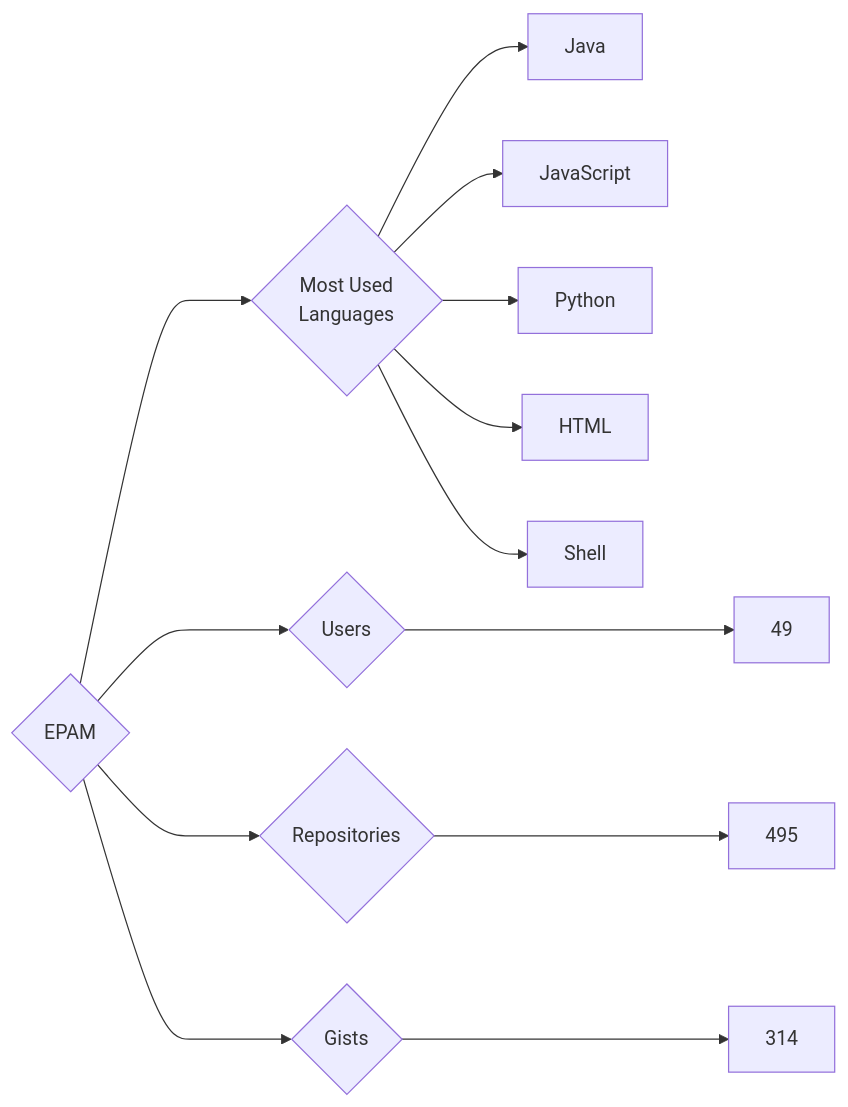
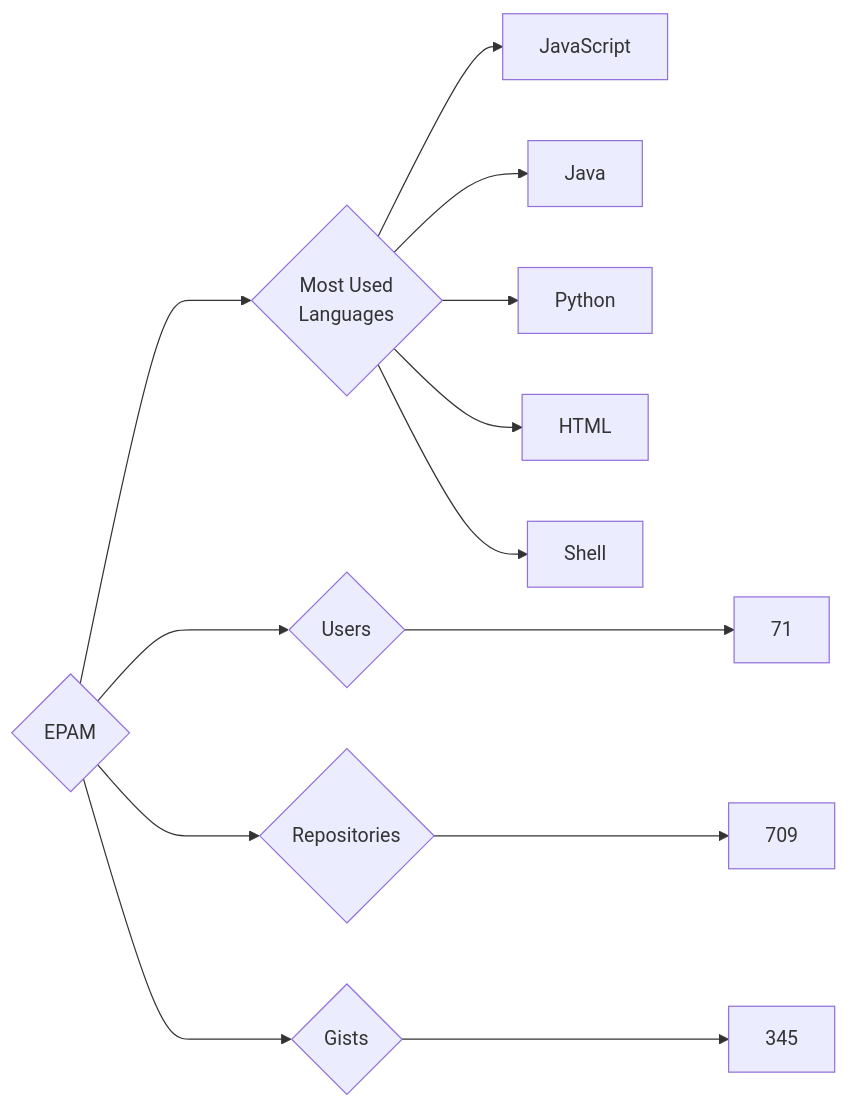
Before and after one commit to trickest/insiders: the diagram in targets/EPAM/README.md, drawn with Mermaid. The commit also changed 782 other files, not shown here.

````diff
--- a/targets/EPAM/README.md
+++ b/targets/EPAM/README.md
@@ -3,13 +3,13 @@
 ```mermaid
 graph LR
 COMPANY_NAME{EPAM}
-COMPANY_NAME ---> U{Users} ---> UN[49]
-COMPANY_NAME ---> R{Repositories} ---> RN[495]
-COMPANY_NAME ---> G{Gists} ---> GN[314]
+COMPANY_NAME ---> U{Users} ---> UN[71]
+COMPANY_NAME ---> R{Repositories} ---> RN[709]
+COMPANY_NAME ---> G{Gists} ---> GN[345]
 COMPANY_NAME ---> ML{Most Used<br>Languages}
+ML --> JavaScript[JavaScript]
 ML --> Java[Java]
-ML --> JavaScript[JavaScript]
 ML --> Python[Python]
 ML --> HTML[HTML]
 ML --> Shell[Shell]
 ```
````
